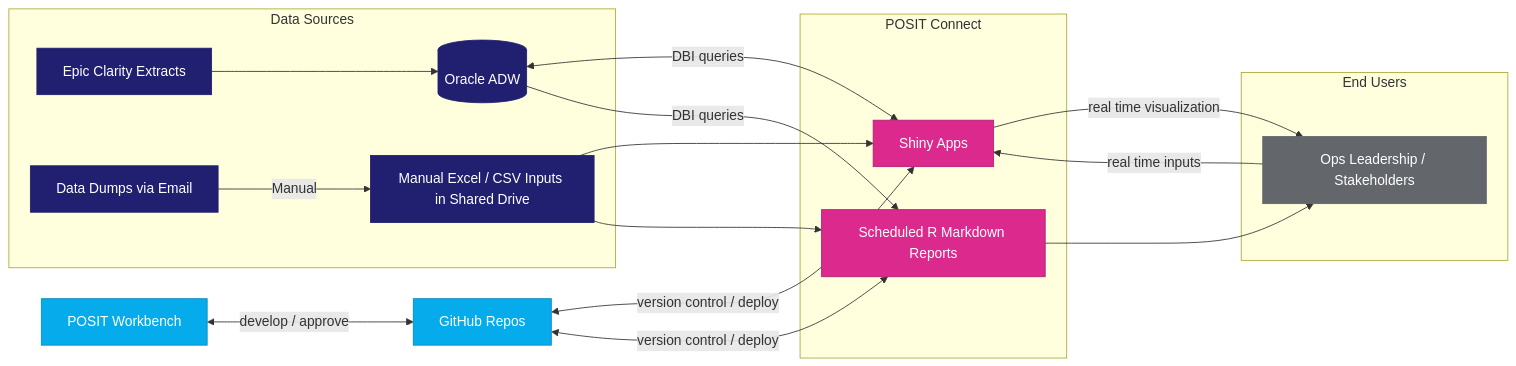
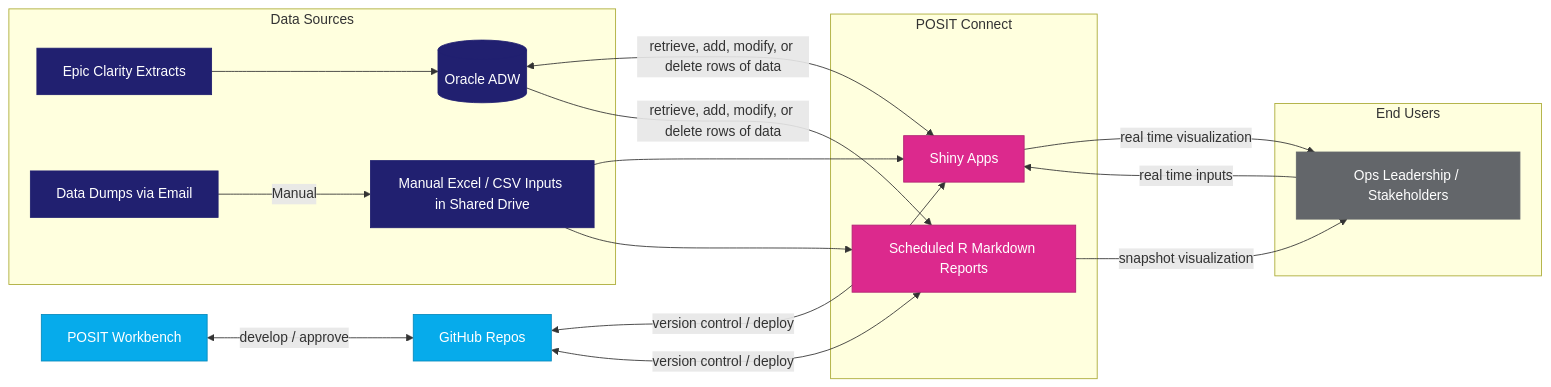
The diagram in Databricks/README.md (MSHS-OAO/Databricks-Tableau-User-Guide), drawn with Mermaid before and after one commit.

Commit message:
Update data flow descriptions in README

````diff
--- a/Databricks/README.md
+++ b/Databricks/README.md
@@ -4,45 +4,45 @@
 ```mermaid
 flowchart LR
     subgraph Sources["Data Sources"]
         EPIC[Epic Clarity Extracts]
         ORA[(Oracle ADW)]
         EMAIL[Data Dumps via Email]
         XLS[Manual Excel / CSV Inputs in Shared Drive]
     end
 
     subgraph Deploy["POSIT Connect"]
         SHINY[Shiny Apps]
         RPT[Scheduled R Markdown Reports]
     end
 
     GH[GitHub Repos]
     RS[POSIT Workbench]
 
     subgraph Users["End Users"]
         USR[Ops Leadership / Stakeholders]
     end
 
     EPIC --> ORA
-    ORA <-->|DBI queries| SHINY
-    ORA -->|DBI queries| RPT
+    ORA <-->|retrieve, add, modify, or delete rows of data| SHINY
+    ORA -->|retrieve, add, modify, or delete rows of data| RPT
     EMAIL -->|Manual| XLS
     XLS --> SHINY
     XLS --> RPT
     GH <-->|version control / deploy| SHINY
     GH <-->|version control / deploy| RPT
     SHINY -->|real time visualization| USR
-    RPT --> USR
+    RPT -->|snapshot visualization| USR
     USR -->|real time inputs| SHINY
     RS <--> |develop / approve|GH
     
 
     classDef navy fill:#212070,stroke:#212070,color:#ffffff
     classDef cyan fill:#06ABEB,stroke:#0689BC,color:#ffffff
     classDef magenta fill:#DC298D,stroke:#B02171,color:#ffffff
     classDef gray fill:#63666A,stroke:#63666A,color:#ffffff
 
     class EPIC,ORA,EMAIL,XLS navy
     class GH,RS cyan
     class SHINY,RPT magenta
     class USR gray
 ```
````
